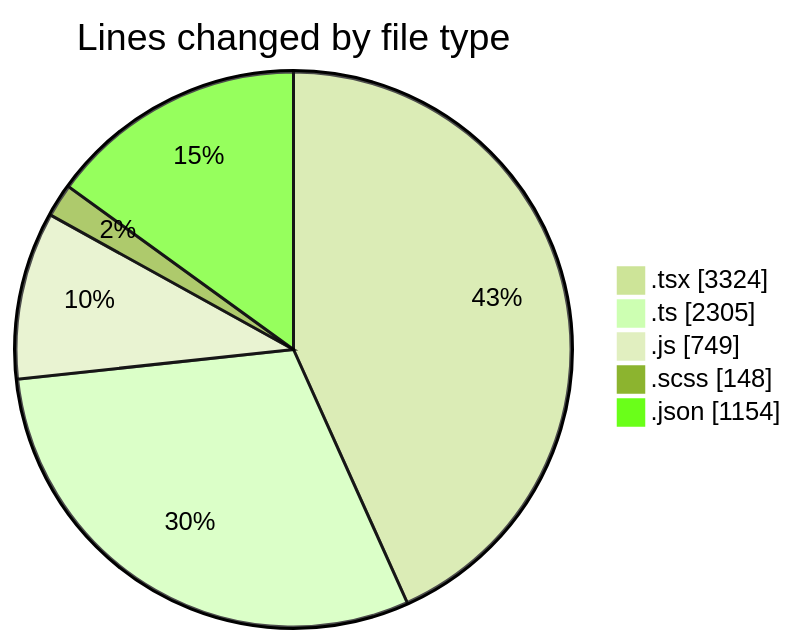
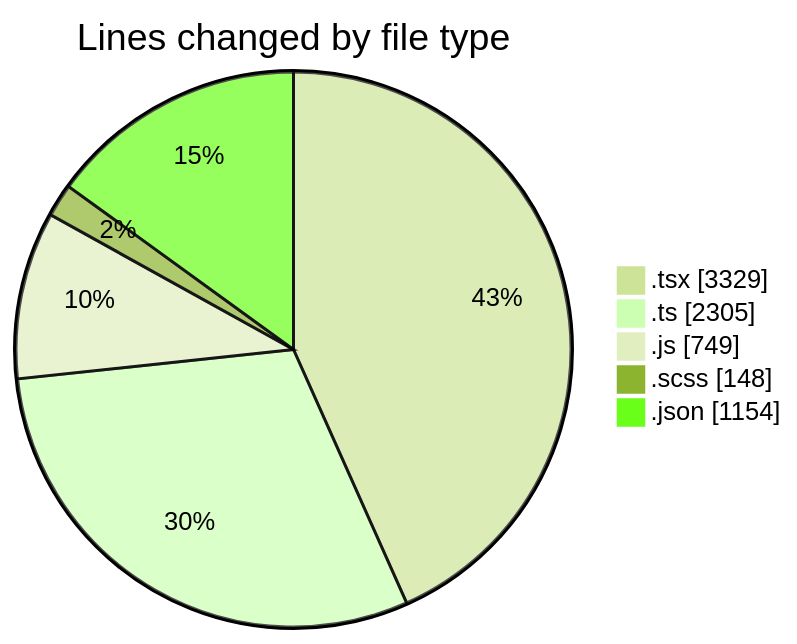
Before and after one commit to momahboobian/code-tracking: the first of 2 diagrams in 2026-06-15/cda/README.md, drawn with Mermaid (forest theme). The commit also changed other lines of this file and 1 other file, not shown here.

````diff
--- a/2026-06-15/cda/README.md
+++ b/2026-06-15/cda/README.md
@@ -63,9 +63,9 @@
 ```mermaid
 pie showData
 title Lines changed by file type
-".tsx" : 3324
+".tsx" : 3329
 ".ts" : 2305
 ".js" : 749
 ".scss" : 148
 ".json" : 1154
 ```
````
